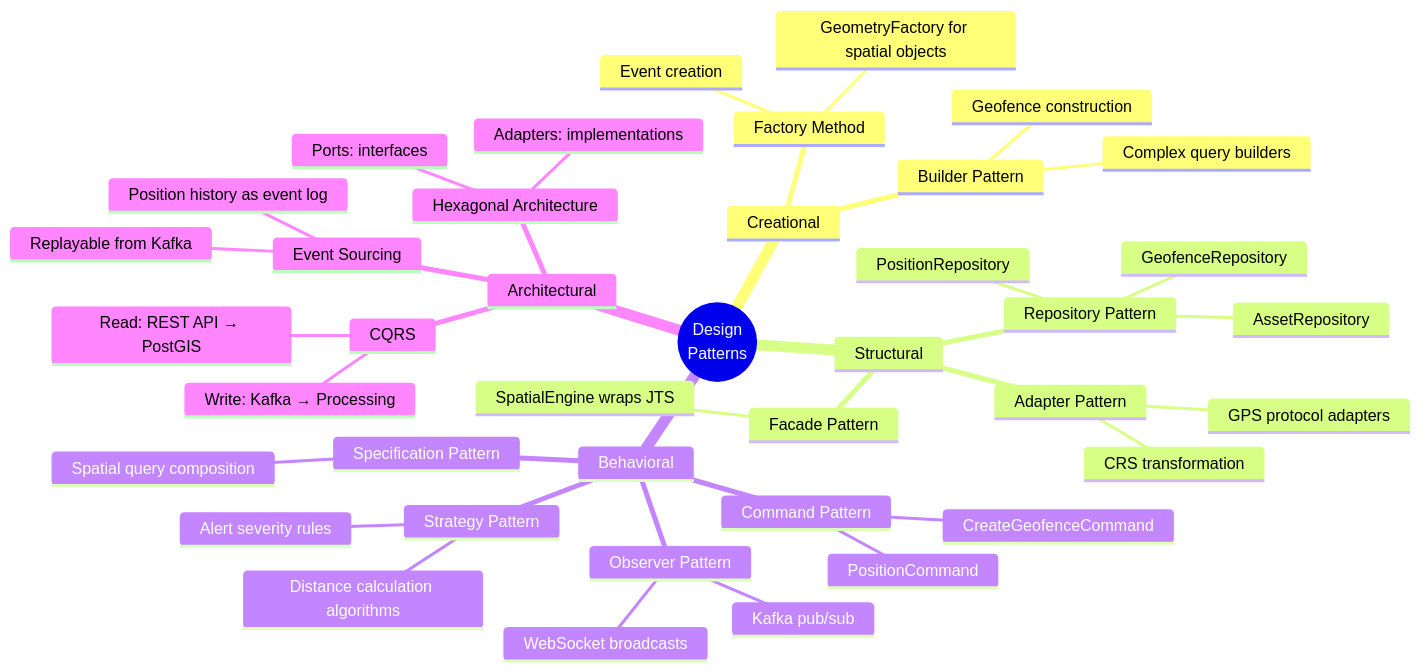
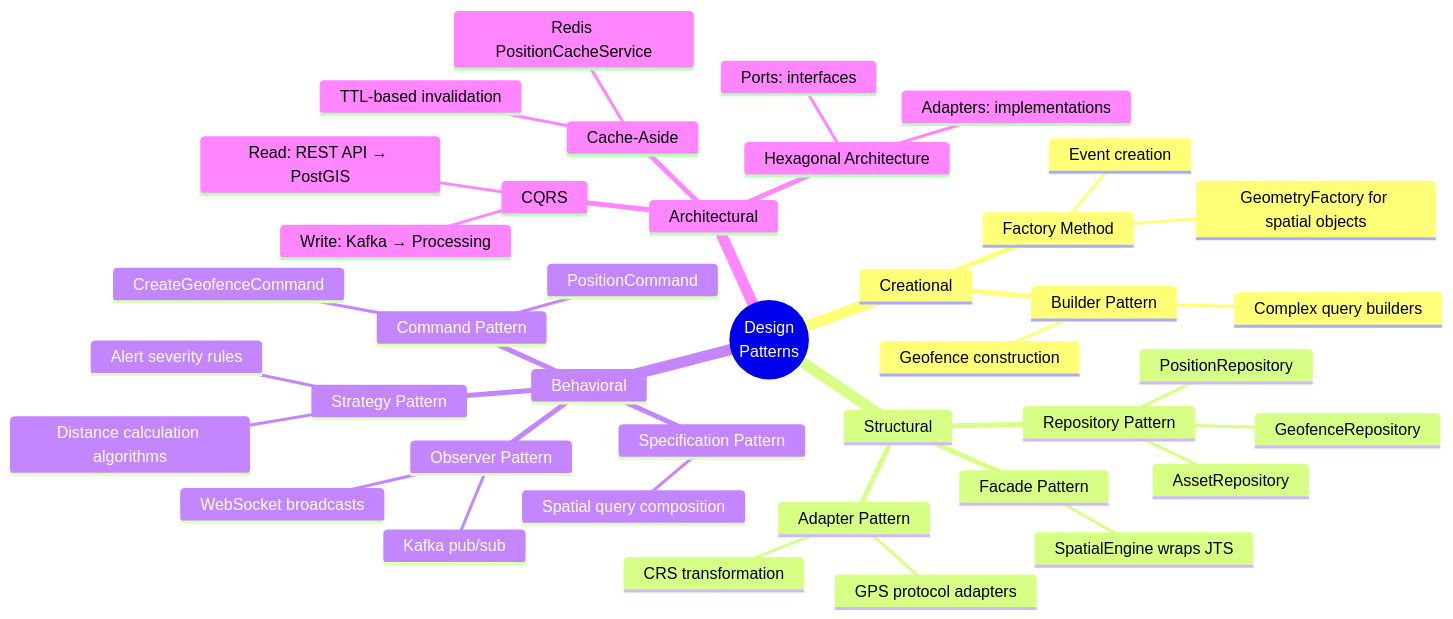
Before and after one commit to SolidRegardless/geotrack: diagram 26 of 31 in README.md, drawn with Mermaid. The commit also changed other lines of this file, not shown here.

Commit message:
docs: update README — add layers diagram, docs section, fix event sourcing refs

````diff
--- a/README.md
+++ b/README.md
@@ -3456,43 +3458,43 @@
 ```mermaid
 mindmap
   root((Design<br/>Patterns))
     Creational
       Builder Pattern
         Complex query builders
         Geofence construction
       Factory Method
         GeometryFactory for spatial objects
         Event creation
     Structural
       Repository Pattern
         PositionRepository
         GeofenceRepository
         AssetRepository
       Adapter Pattern
         GPS protocol adapters
         CRS transformation
       Facade Pattern
         SpatialEngine wraps JTS
     Behavioral
       Observer Pattern
         Kafka pub/sub
         WebSocket broadcasts
       Strategy Pattern
         Distance calculation algorithms
         Alert severity rules
       Command Pattern
         PositionCommand
         CreateGeofenceCommand
       Specification Pattern
         Spatial query composition
     Architectural
       CQRS
         Write: Kafka → Processing
         Read: REST API → PostGIS
-      Event Sourcing
-        Position history as event log
-        Replayable from Kafka
+      Cache-Aside
+        Redis PositionCacheService
+        TTL-based invalidation
       Hexagonal Architecture
         Ports: interfaces
         Adapters: implementations
 ```
````
